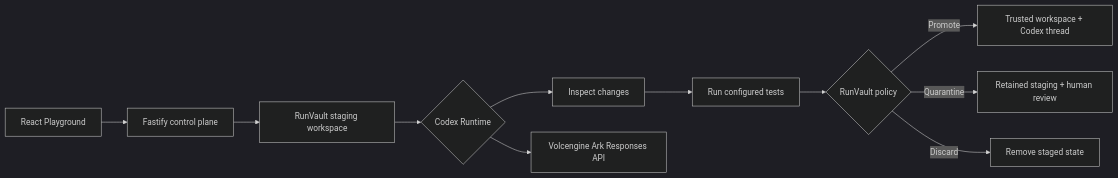
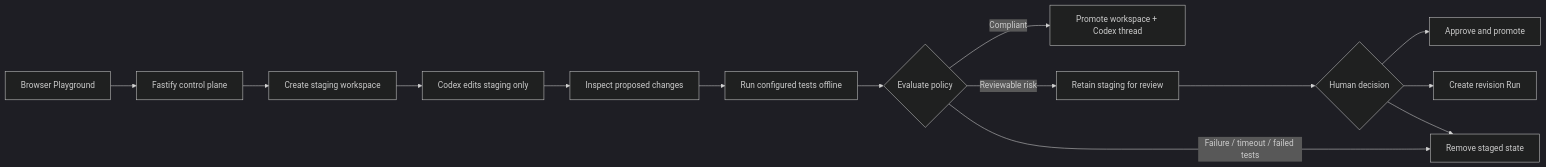
One commit to anushka2503769/ctrl-alt-codejam-2026 changed the diagram in README.md. Above: the diagram before and after it, drawn with Mermaid (dark theme). The commit also changed other lines of this file and 8 other files, not shown here.

````diff
--- a/README.md
+++ b/README.md
@@ -319,13 +216,16 @@
 ```mermaid
 flowchart LR
-    UI["React Playground"] --> API["Fastify control plane"]
-    API --> Stage["RunVault staging workspace"]
-    Stage --> Runtime{"Codex Runtime"}
-    Runtime --> Inspect["Inspect changes"]
-    Inspect --> Verify["Run configured tests"]
-    Verify --> Decide{"RunVault policy"}
-    Decide -->|Promote| Trusted["Trusted workspace + Codex thread"]
-    Decide -->|Quarantine| Review["Retained staging + human review"]
-    Decide -->|Discard| Cleanup["Remove staged state"]
-    Runtime --> Ark["Volcengine Ark Responses API"]
+    UI["Browser Playground"] --> API["Fastify control plane"]
+    API --> Stage["Create staging workspace"]
+    Stage --> Runtime["Codex edits staging only"]
+    Runtime --> Inspect["Inspect proposed changes"]
+    Inspect --> Verify["Run configured tests offline"]
+    Verify --> Policy{"Evaluate policy"}
+    Policy -->|Compliant| Promote["Promote workspace + Codex thread"]
+    Policy -->|Reviewable risk| Quarantine["Retain staging for review"]
+    Policy -->|Failure / timeout / failed tests| Discard["Remove staged state"]
+    Quarantine --> Human{"Human decision"}
+    Human --> Approve["Approve and promote"]
+    Human --> Revise["Create revision Run"]
+    Human --> Discard
 ```
````
